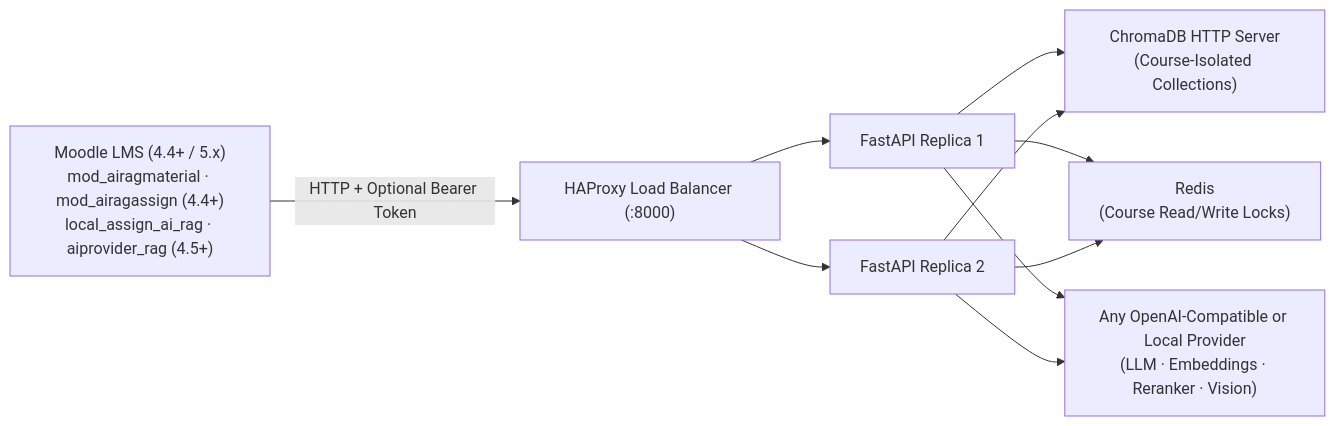
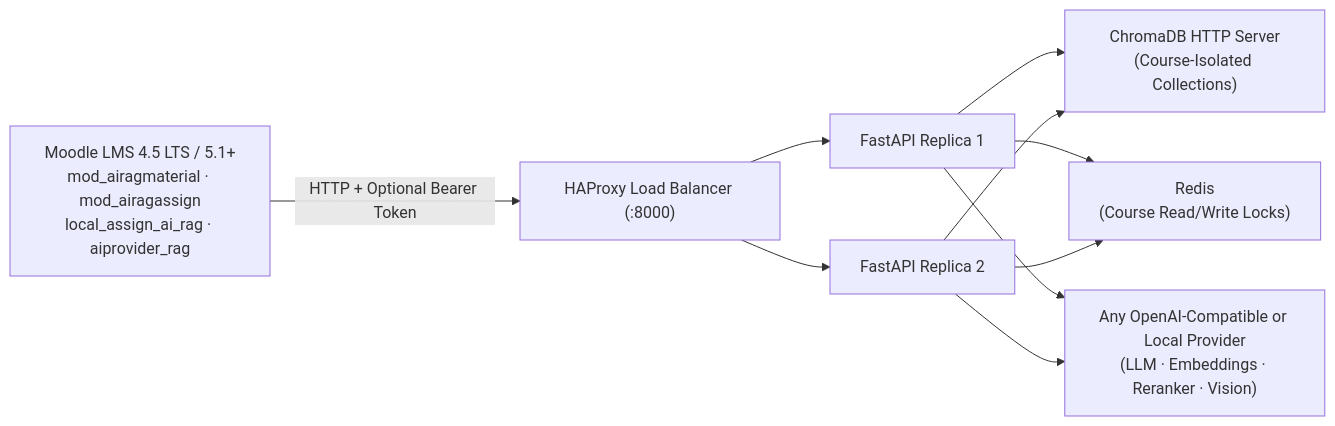
Before and after one commit to glennhkm/RAGrader: the diagram in README.md, drawn with Mermaid. The commit also changed other lines of this file and 2 other files, not shown here.

````diff
--- a/README.md
+++ b/README.md
@@ -9,12 +9,12 @@
 ```mermaid
 flowchart LR
-    M["Moodle LMS (4.4+ / 5.x)<br/>mod_airagmaterial · mod_airagassign (4.4+)<br/>local_assign_ai_rag · aiprovider_rag (4.5+)"] -->|HTTP + Optional Bearer Token| LB["HAProxy Load Balancer (:8000)"]
+    M["Moodle LMS 4.5 LTS / 5.1+<br/>mod_airagmaterial · mod_airagassign<br/>local_assign_ai_rag · aiprovider_rag"] -->|HTTP + Optional Bearer Token| LB["HAProxy Load Balancer (:8000)"]
     LB --> API1["FastAPI Replica 1"]
     LB --> API2["FastAPI Replica 2"]
     API1 --> CH["ChromaDB HTTP Server<br/>(Course-Isolated Collections)"]
     API2 --> CH
     API1 --> RD["Redis<br/>(Course Read/Write Locks)"]
     API2 --> RD
     API1 --> LLM["Any OpenAI-Compatible or Local Provider<br/>(LLM · Embeddings · Reranker · Vision)"]
     API2 --> LLM
 ```
````
